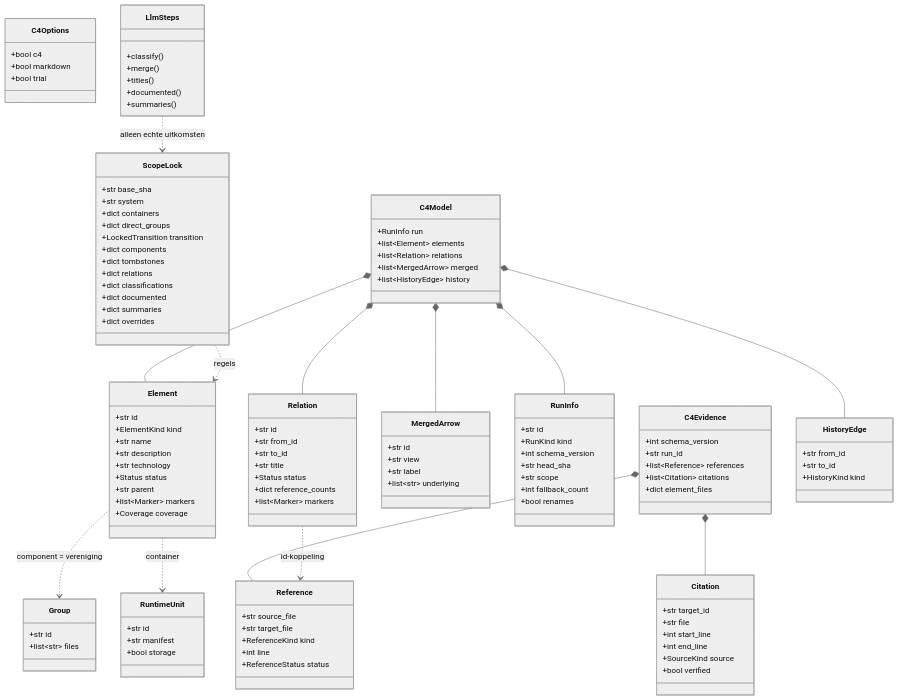
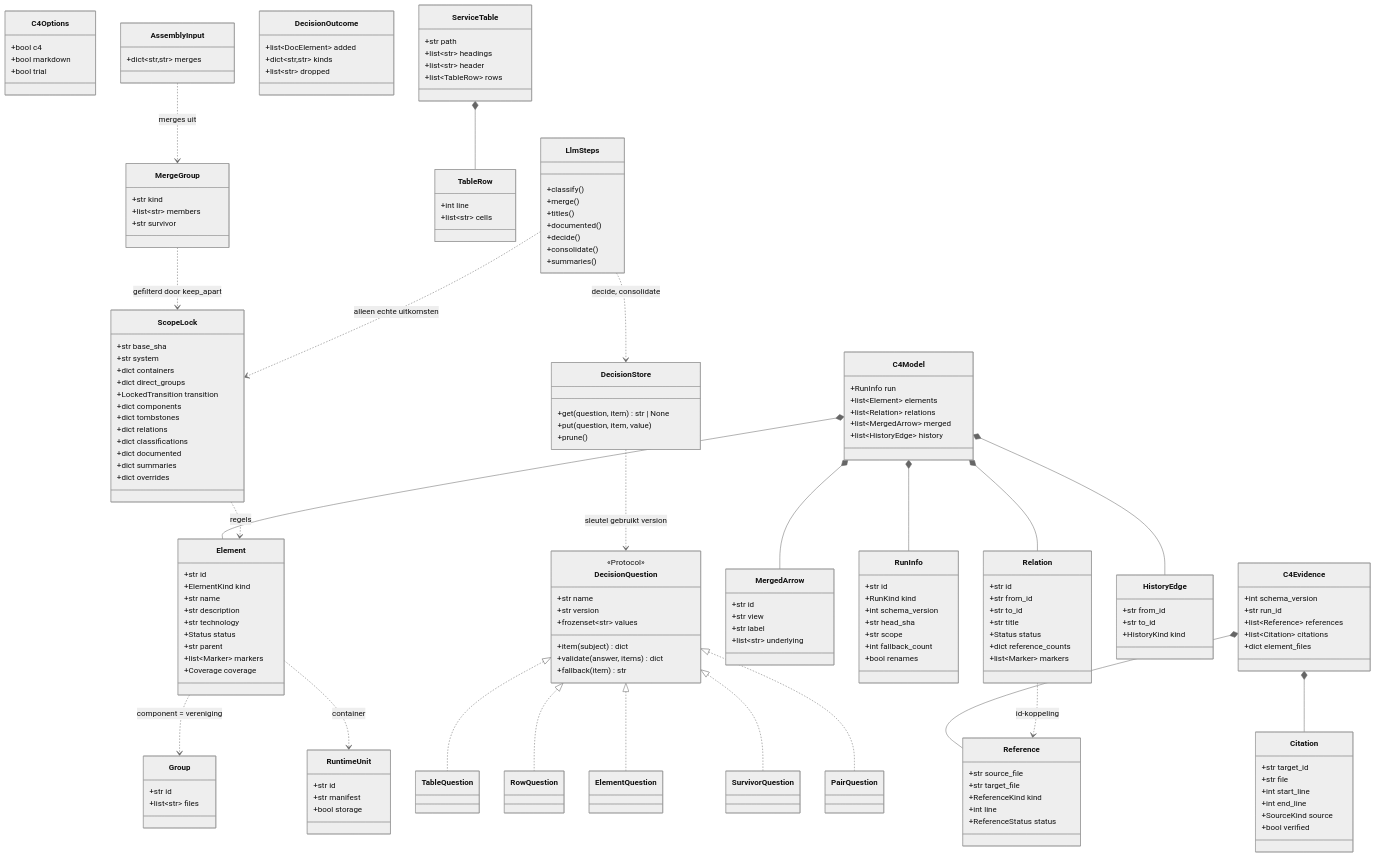
The second of 3 diagrams in docs/melly/models/map-structuuranalyse.md (Cubical6/chunkhound), drawn with Mermaid (neutral theme) before and after one commit. The commit also changed other lines of this file and 2 other files, not shown here.

Commit message:
docs(omap): spec LLM decisions for people and external systems

````diff
--- a/docs/melly/models/map-structuuranalyse.md
+++ b/docs/melly/models/map-structuuranalyse.md
@@ -201,7 +226,60 @@
     +merge()
     +titles()
     +documented()
+    +decide()
+    +consolidate()
     +summaries()
+  }
+  %% technical: één levenscyclus voor vijf gesloten vragen, naar ExtractionGoal (runner.py:43)
+  class DecisionQuestion {
+    <<Protocol>>
+    +str name
+    +str version
+    +frozenset~str~ values
+    +item(subject) dict
+    +validate(answer, items) dict
+    +fallback(item) str
+  }
+  %% domain: Gesloten beslissing (R20, R21)
+  class TableQuestion
+  class RowQuestion
+  class ElementQuestion
+  %% domain: Gesloten beslissing (R19, R19a)
+  class SurvivorQuestion
+  class PairQuestion
+  %% technical: cache per item naast ExtractionStore (store.py:73), R23
+  class DecisionStore {
+    +get(question, item) str | None
+    +put(question, item, value)
+    +prune()
+  }
+  %% domain: Dienstentabel (R21)
+  class ServiceTable {
+    +str path
+    +list~str~ headings
+    +list~str~ header
+    +list~TableRow~ rows
+  }
+  %% domain: rij die een element levert (R21)
+  class TableRow {
+    +int line
+    +list~str~ cells
+  }
+  %% domain: Samenvoeggroep (R18, R19a)
+  class MergeGroup {
+    +str kind
+    +list~str~ members
+    +str survivor
+  }
+  %% technical: uitkomst van decide, invoer van _identify
+  class DecisionOutcome {
+    +list~DocElement~ added
+    +dict~str,str~ kinds
+    +list~str~ dropped
+  }
+  %% technical: bestaande invoer van assemble, krijgt de LLM-samenvoegtabel
+  class AssemblyInput {
+    +dict~str,str~ merges
   }
   C4Model *-- RunInfo
   C4Model *-- Element
@@ -214,5 +292,15 @@
   Element ..> Group : component = vereniging
   Element ..> RuntimeUnit : container
   ScopeLock ..> Element : regels
+  DecisionQuestion <|.. TableQuestion
+  DecisionQuestion <|.. RowQuestion
+  DecisionQuestion <|.. ElementQuestion
+  DecisionQuestion <|.. SurvivorQuestion
+  DecisionQuestion <|.. PairQuestion
+  ServiceTable *-- TableRow
+  DecisionStore ..> DecisionQuestion : sleutel gebruikt version
+  MergeGroup ..> ScopeLock : gefilterd door keep_apart
+  AssemblyInput ..> MergeGroup : merges uit
+  LlmSteps ..> DecisionStore : decide, consolidate
   LlmSteps ..> ScopeLock : alleen echte uitkomsten
 ```
````
